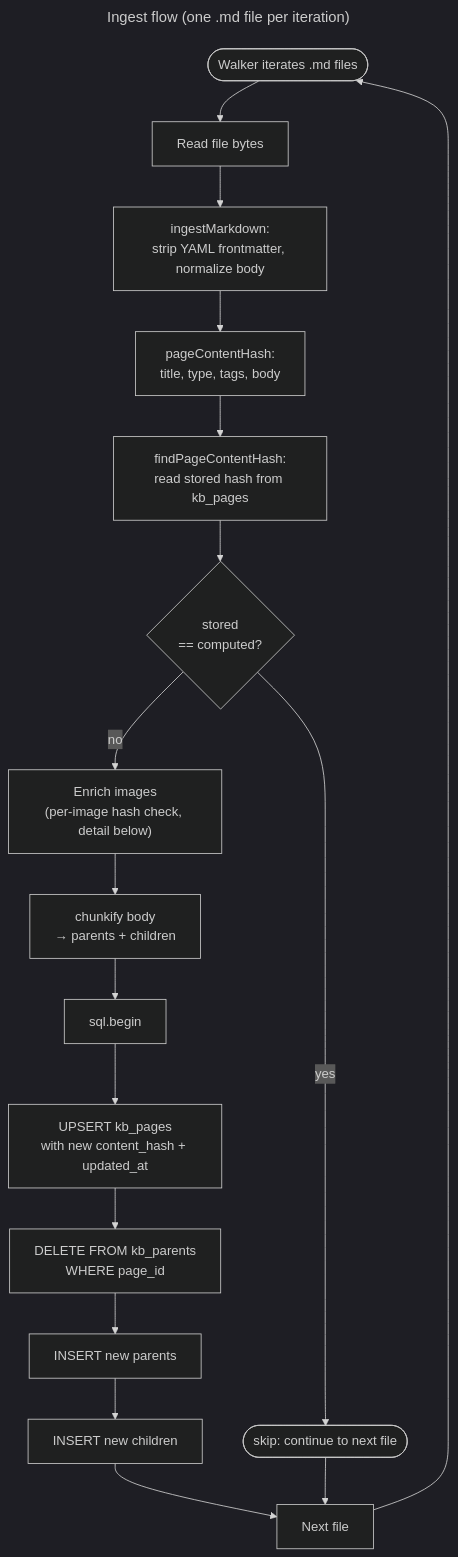
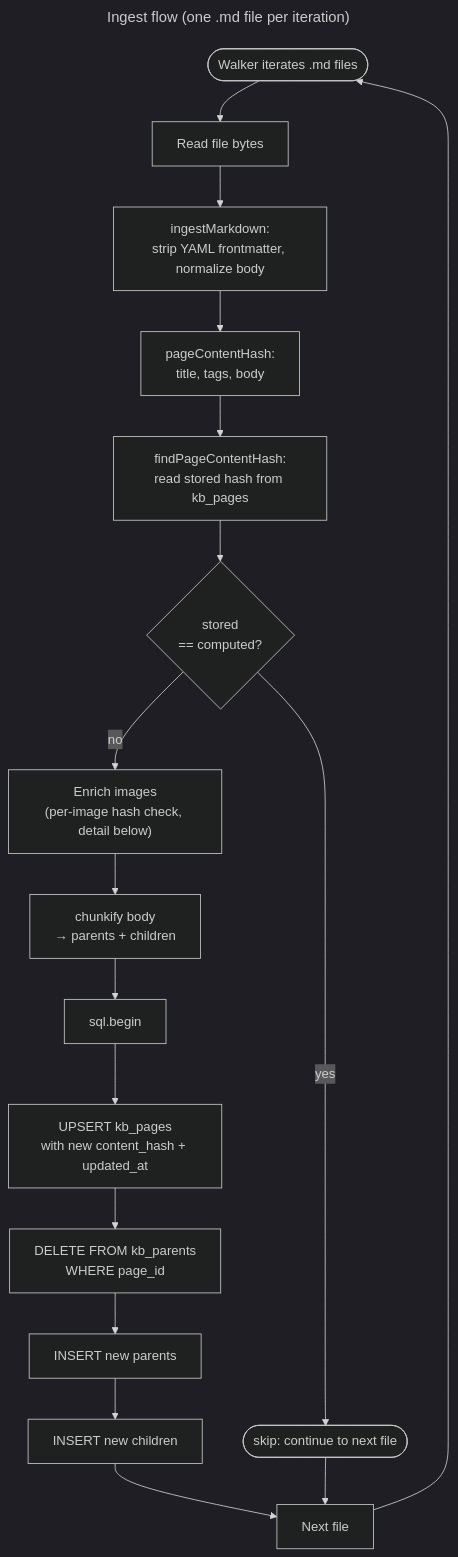
The first of 2 diagrams in docs/modern-knowledge-base-design/02-ingest.md (kyung-lee-official/neuxus), drawn with Mermaid (dark theme) before and after one commit. The commit also changed other lines of this file and 1 other file, not shown here.

Commit message:
docs: remove 'type' field from frontmatter references in ingest documentation

````diff
--- a/docs/modern-knowledge-base-design/02-ingest.md
+++ b/docs/modern-knowledge-base-design/02-ingest.md
@@ -11,22 +11,22 @@
 ```mermaid
 ---
 title: Ingest flow (one .md file per iteration)
 ---
 flowchart TD
   Walker([Walker iterates .md files]) --> Read[Read file bytes]
   Read --> Parse["ingestMarkdown:<br/>strip YAML frontmatter, normalize body"]
-  Parse --> HashBody["pageContentHash:<br/>title, type, tags, body"]
+  Parse --> HashBody["pageContentHash:<br/>title, tags, body"]
   HashBody --> Lookup["findPageContentHash:<br/>read stored hash from kb_pages"]
   Lookup --> Match{stored<br/>== computed?}
   Match -- yes --> Skip([skip: continue to next file])
   Match -- no --> Enrich["Enrich images<br/>(per-image hash check, detail below)"]
   Enrich --> Chunk["chunkify body<br/>→ parents + children"]
   Chunk --> Tx[sql.begin]
   Tx --> Upsert["UPSERT kb_pages<br/>with new content_hash + updated_at"]
   Upsert --> Del["DELETE FROM kb_parents<br/>WHERE page_id"]
   Del --> InsP[INSERT new parents]
   InsP --> InsC[INSERT new children]
   InsC --> Next[Next file]
   Skip --> Next
   Next --> Walker
 ```
````
